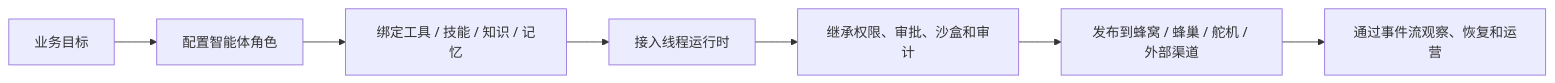
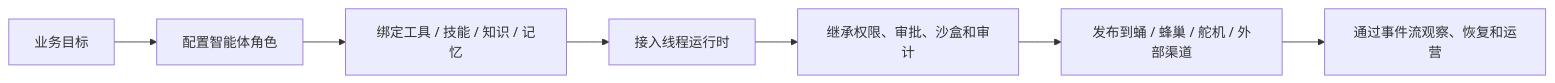
One commit to ylsdamxssjxxdd/wunder changed the third of 8 diagrams in docs/方案/归档/多智能体调控平台设计与实现.md. Above: the diagram before and after it, drawn with Mermaid. The commit also changed other lines of this file and 324 other files, not shown here.

````diff
--- a/docs/方案/归档/多智能体调控平台设计与实现.md
+++ b/docs/方案/归档/多智能体调控平台设计与实现.md
@@ -222,9 +222,9 @@
 ```mermaid
 flowchart LR
   Goal["业务目标"] --> Agent["配置智能体角色"]
   Agent --> Ability["绑定工具 / 技能 / 知识 / 记忆"]
   Ability --> Runtime["接入线程运行时"]
   Runtime --> Governance["继承权限、审批、沙盒和审计"]
-  Governance --> UI["发布到蜂窝 / 蜂巢 / 舵机 / 外部渠道"]
+  Governance --> UI["发布到蛹 / 蜂巢 / 舵机 / 外部渠道"]
   UI --> Observe["通过事件流观察、恢复和运营"]
 ```
````
